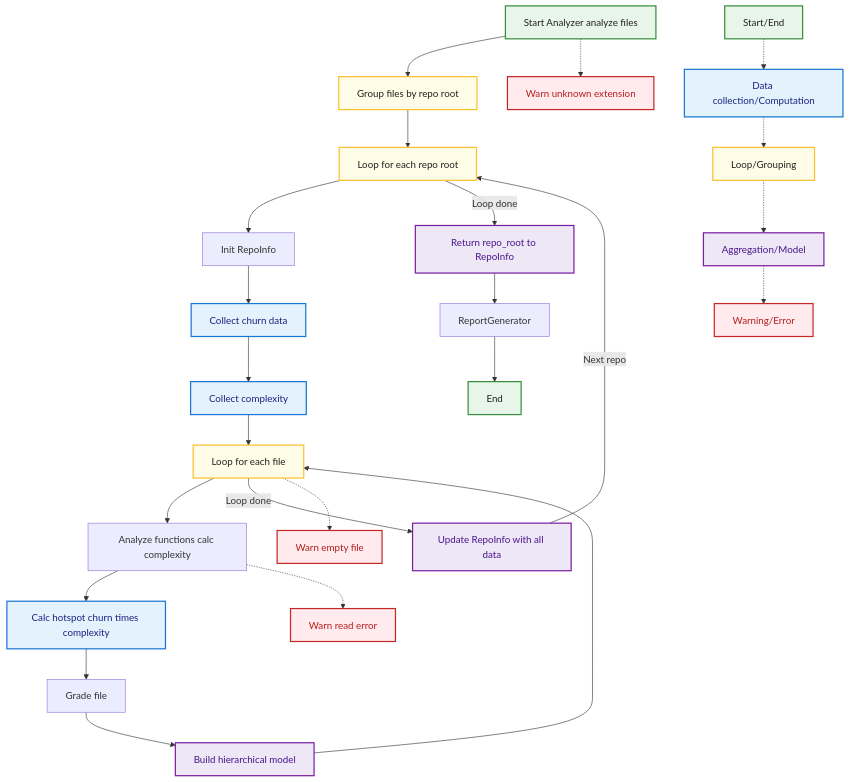
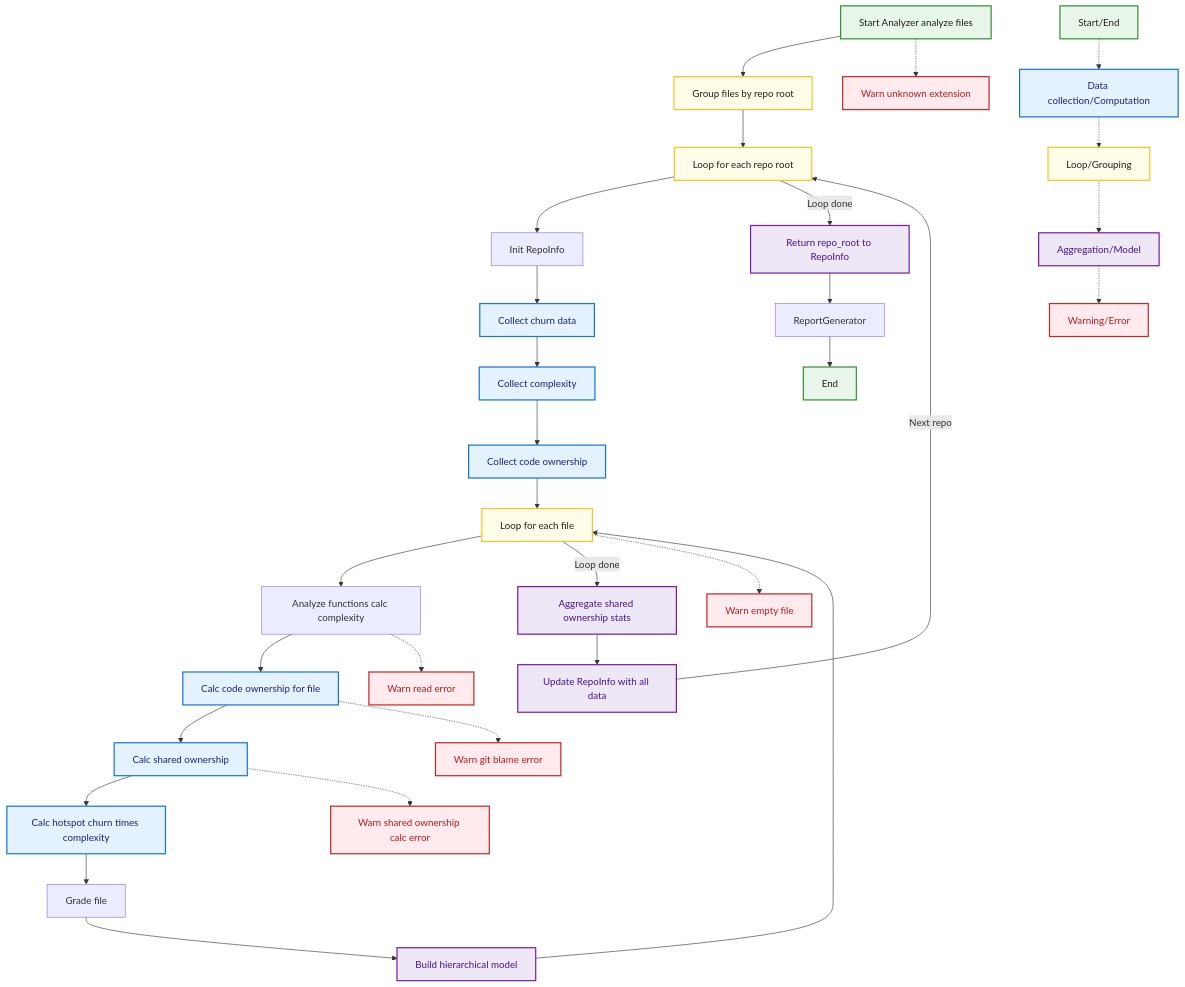
Before and after one commit to CmdrPrompt/MetricMancer: the diagram in mermaid/3_analyzer_analyze_flow.md, drawn with Mermaid. The commit also changed 48 other files, not shown here.

First line of the commit message:
49 fix code churn implementation to align with your code as a crime scene (#50)

````diff
--- a/mermaid/3_analyzer_analyze_flow.md
+++ b/mermaid/3_analyzer_analyze_flow.md
@@ -5,66 +5,78 @@
 ```mermaid
 flowchart TD
 StartAnalyze[Start Analyzer analyze files]
 StartAnalyze --> GroupFiles[Group files by repo root]
 GroupFiles --> RepoLoop[Loop for each repo root]
 RepoLoop --> InitRepo[Init RepoInfo]
 InitRepo --> Churn[Collect churn data]
 Churn --> Complexity[Collect complexity]
-Complexity --> FileLoop[Loop for each file]
+Complexity --> Ownership[Collect code ownership]
+Ownership --> FileLoop[Loop for each file]
 FileLoop --> AnalyzeFunc[Analyze functions calc complexity]
-AnalyzeFunc --> Hotspot[Calc hotspot churn times complexity]
+AnalyzeFunc --> CalcOwnership[Calc code ownership for file]
+CalcOwnership --> CalcSharedOwnership[Calc shared ownership]
+CalcSharedOwnership --> Hotspot[Calc hotspot churn times complexity]
 Hotspot --> Grade[Grade file]
 Grade --> Hierarchy[Build hierarchical model]
 Hierarchy --> FileLoop
-FileLoop -- Loop done --> UpdateRepo[Update RepoInfo with all data]
+FileLoop -- Loop done --> AggregateSharedOwnership[Aggregate shared ownership stats]
+AggregateSharedOwnership --> UpdateRepo[Update RepoInfo with all data]
 UpdateRepo -- Next repo --> RepoLoop
 RepoLoop -- Loop done --> ReturnDict[Return repo_root to RepoInfo]
 ReturnDict --> ReportGen[ReportGenerator]
 ReportGen --> EndNode[End]
 
 %% Edge cases
 StartAnalyze -.-> WarnExt[Warn unknown extension]
 AnalyzeFunc -.-> WarnRead[Warn read error]
 FileLoop -.-> WarnEmpty[Warn empty file]
+CalcOwnership -.-> WarnGitBlame[Warn git blame error]
+CalcSharedOwnership -.-> WarnSharedCalc[Warn shared ownership calc error]
 
 %% Färgkodning
 style StartAnalyze fill:#e8f5e9,stroke:#388e3c,stroke-width:2px,color:#212121
 style EndNode fill:#e8f5e9,stroke:#388e3c,stroke-width:2px,color:#212121
 style Churn fill:#e3f2fd,stroke:#1976d2,stroke-width:2px,color:#1a237e
 style Complexity fill:#e3f2fd,stroke:#1976d2,stroke-width:2px,color:#1a237e
+style Ownership fill:#e3f2fd,stroke:#1976d2,stroke-width:2px,color:#1a237e
+style CalcOwnership fill:#e3f2fd,stroke:#1976d2,stroke-width:2px,color:#1a237e
+style CalcSharedOwnership fill:#e3f2fd,stroke:#1976d2,stroke-width:2px,color:#1a237e
 style Hotspot fill:#e3f2fd,stroke:#1976d2,stroke-width:2px,color:#1a237e
 style RepoLoop fill:#fffde7,stroke:#fbc02d,stroke-width:2px,color:#212121
 style FileLoop fill:#fffde7,stroke:#fbc02d,stroke-width:2px,color:#212121
 style GroupFiles fill:#fffde7,stroke:#fbc02d,stroke-width:2px,color:#212121
 style Hierarchy fill:#ede7f6,stroke:#7b1fa2,stroke-width:2px,color:#4a148c
+style AggregateSharedOwnership fill:#ede7f6,stroke:#7b1fa2,stroke-width:2px,color:#4a148c
 style UpdateRepo fill:#ede7f6,stroke:#7b1fa2,stroke-width:2px,color:#4a148c
 style ReturnDict fill:#ede7f6,stroke:#7b1fa2,stroke-width:2px,color:#4a148c
 style WarnExt fill:#ffebee,stroke:#c62828,stroke-width:2px,color:#b71c1c
 style WarnRead fill:#ffebee,stroke:#c62828,stroke-width:2px,color:#b71c1c
 style WarnEmpty fill:#ffebee,stroke:#c62828,stroke-width:2px,color:#b71c1c
+style WarnGitBlame fill:#ffebee,stroke:#c62828,stroke-width:2px,color:#b71c1c
+style WarnSharedCalc fill:#ffebee,stroke:#c62828,stroke-width:2px,color:#b71c1c
 %% Error handling: empty files, missing attributes, exceptions in KPI analyzers
 
 %% Legend
     LegendStart[Start/End]:::start
     LegendCalc[Data collection/Computation]:::calc
     LegendLoop[Loop/Grouping]:::loop
     LegendAgg[Aggregation/Model]:::agg
     LegendWarn[Warning/Error]:::warn
 
     LegendStart -.-> LegendCalc
     LegendCalc -.-> LegendLoop
     LegendLoop -.-> LegendAgg
     LegendAgg -.-> LegendWarn
 
     classDef start fill:#e8f5e9,stroke:#388e3c,stroke-width:2px,color:#212121;
     classDef calc fill:#e3f2fd,stroke:#1976d2,stroke-width:2px,color:#1a237e;
     classDef loop fill:#fffde7,stroke:#fbc02d,stroke-width:2px,color:#212121;
     classDef agg fill:#ede7f6,stroke:#7b1fa2,stroke-width:2px,color:#4a148c;
     classDef warn fill:#ffebee,stroke:#c62828,stroke-width:2px,color:#b71c1c;
 
     class LegendStart start;
     class LegendCalc calc;
     class LegendLoop loop;
     class LegendAgg agg;
     class LegendWarn warn;
 ```
````
